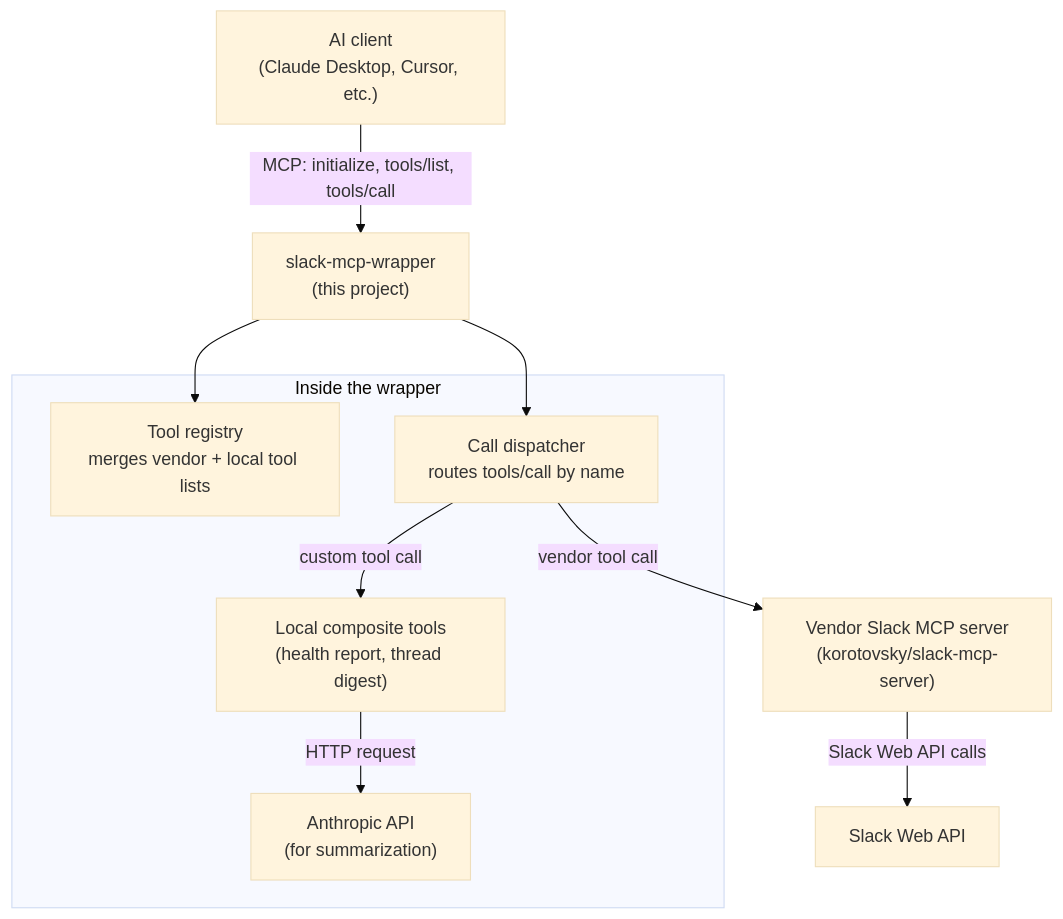
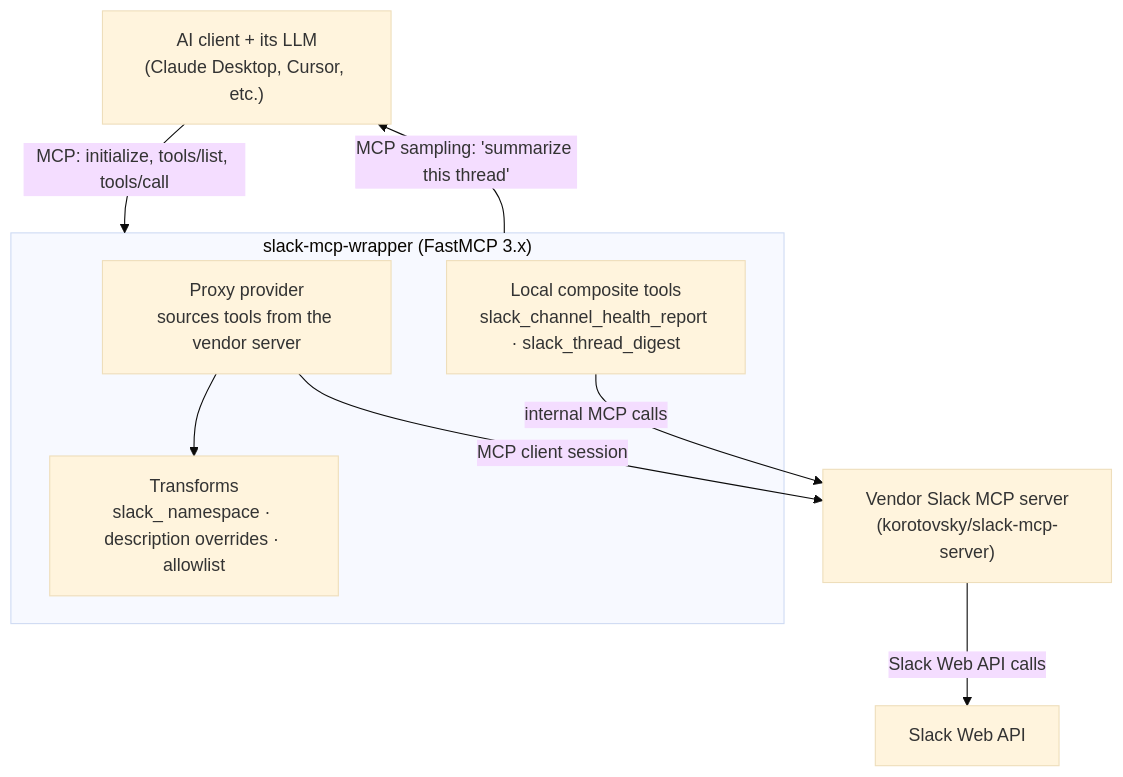
The diagram in README.md (esannihith/mcp-decorator), drawn with Mermaid (base theme) before and after one commit. The commit also changed other lines of this file and 2 other files, not shown here.

First line of the commit message:
docs: rewrite README around FastMCP v3 provider/transform architecture

````diff
--- a/README.md
+++ b/README.md
@@ -20,22 +22,19 @@
 ```mermaid
 flowchart TB
-    Client["AI client<br/>(Claude Desktop, Cursor, etc.)"]
-    Wrapper["slack-mcp-wrapper<br/>(this project)"]
+    Client["AI client + its LLM<br/>(Claude Desktop, Cursor, etc.)"]
     Vendor["Vendor Slack MCP server<br/>(korotovsky/slack-mcp-server)"]
     SlackAPI["Slack Web API"]
 
-    subgraph Wrapper_internals["Inside the wrapper"]
-        Registry["Tool registry<br/>merges vendor + local tool lists"]
-        Dispatch["Call dispatcher<br/>routes tools/call by name"]
-        Local["Local composite tools<br/>(health report, thread digest)"]
-        LLM["Anthropic API<br/>(for summarization)"]
+    subgraph Wrapper["slack-mcp-wrapper (FastMCP 3.x)"]
+        Proxy["Proxy provider<br/>sources tools from the vendor server"]
+        Transforms["Transforms<br/>slack_ namespace · description overrides · allowlist"]
+        Local["Local composite tools<br/>slack_channel_health_report · slack_thread_digest"]
     end
 
     Client -- "MCP: initialize, tools/list, tools/call" --> Wrapper
-    Wrapper --> Registry
-    Wrapper --> Dispatch
-    Dispatch -- "vendor tool call" --> Vendor
-    Dispatch -- "custom tool call" --> Local
-    Local -- "HTTP request" --> LLM
+    Wrapper -- "MCP sampling: 'summarize this thread'" --> Client
+    Proxy --> Transforms
+    Proxy -- "MCP client session" --> Vendor
+    Local -- "internal MCP calls" --> Vendor
     Vendor -- "Slack Web API calls" --> SlackAPI
 ```
````
